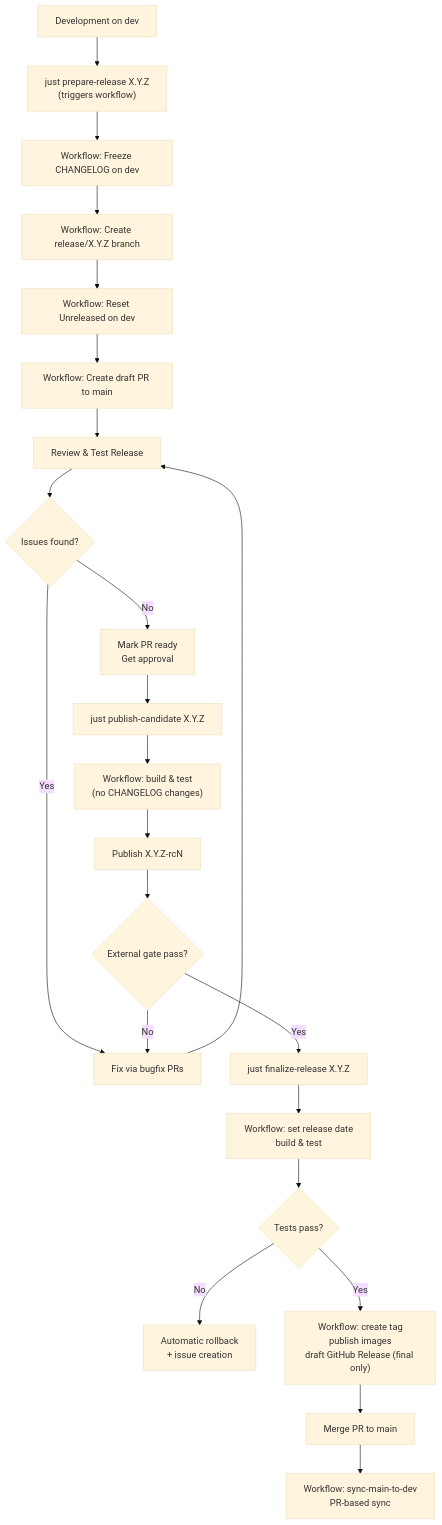
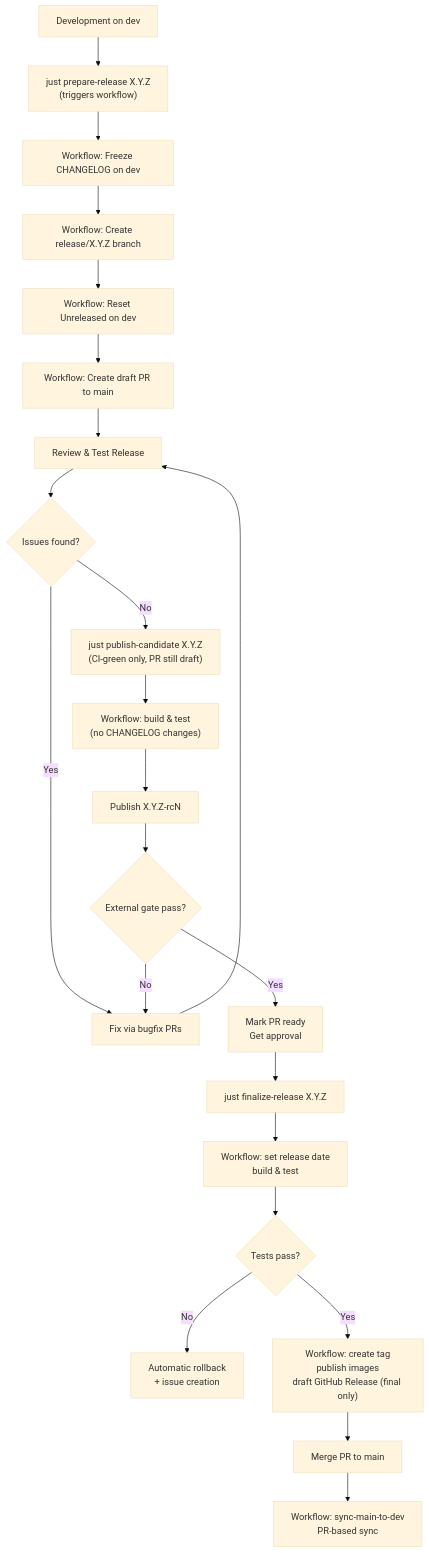
Before and after one commit to vig-os/devcontainer: the second of 2 diagrams in docs/RELEASE_CYCLE.md, drawn with Mermaid (base theme). The commit also changed other lines of this file and 6 other files, not shown here.

First line of the commit message:
ci(release): gate RC dispatch on CI only, defer draft/approval to final

````diff
--- a/docs/RELEASE_CYCLE.md
+++ b/docs/RELEASE_CYCLE.md
@@ -106,25 +106,25 @@
 ```mermaid
 graph TB
     A["Development on dev"] --> B["just prepare-release X.Y.Z<br/>(triggers workflow)"]
     B --> C["Workflow: Freeze CHANGELOG on dev"]
     C --> D["Workflow: Create release/X.Y.Z branch"]
     D --> E["Workflow: Reset Unreleased on dev"]
     E --> F["Workflow: Create draft PR to main"]
     F --> G["Review & Test Release"]
     G --> H{Issues found?}
     H -->|Yes| I["Fix via bugfix PRs"]
     I --> G
-    H -->|No| J["Mark PR ready<br/>Get approval"]
-    J --> K["just publish-candidate X.Y.Z"]
+    H -->|No| K["just publish-candidate X.Y.Z<br/>(CI-green only, PR still draft)"]
     K --> L["Workflow: build & test<br/>(no CHANGELOG changes)"]
     L --> M["Publish X.Y.Z-rcN"]
     M --> U{External gate pass?}
     U -->|No| I
-    U -->|Yes| N["just finalize-release X.Y.Z"]
+    U -->|Yes| J["Mark PR ready<br/>Get approval"]
+    J --> N["just finalize-release X.Y.Z"]
     N --> O["Workflow: set release date<br/>build & test"]
     O --> P{Tests pass?}
     P -->|No| Q["Automatic rollback<br/>+ issue creation"]
     P -->|Yes| R["Workflow: create tag<br/>publish images<br/>draft GitHub Release (final only)"]
     R --> S["Merge PR to main"]
     S --> T["Workflow: sync-main-to-dev<br/>PR-based sync"]
 ```
````
